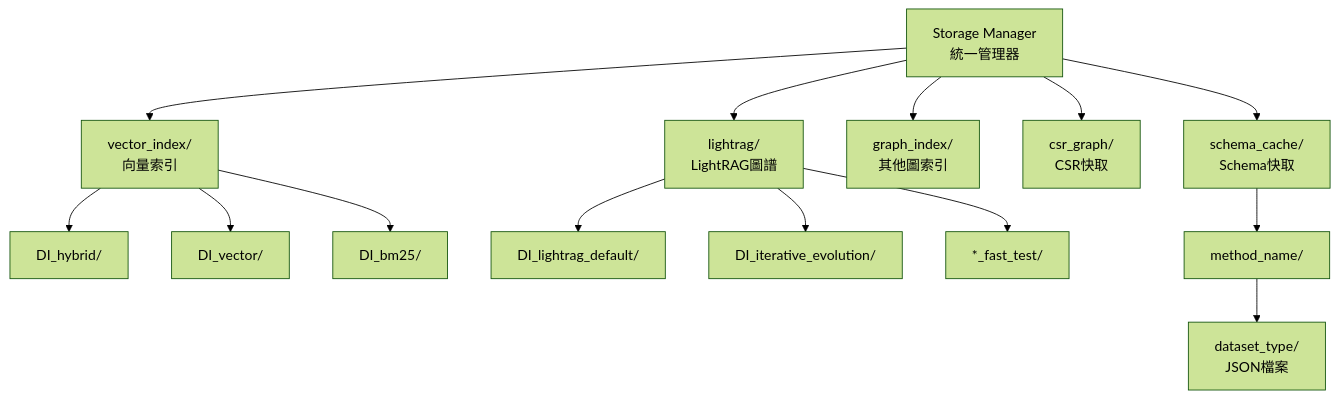
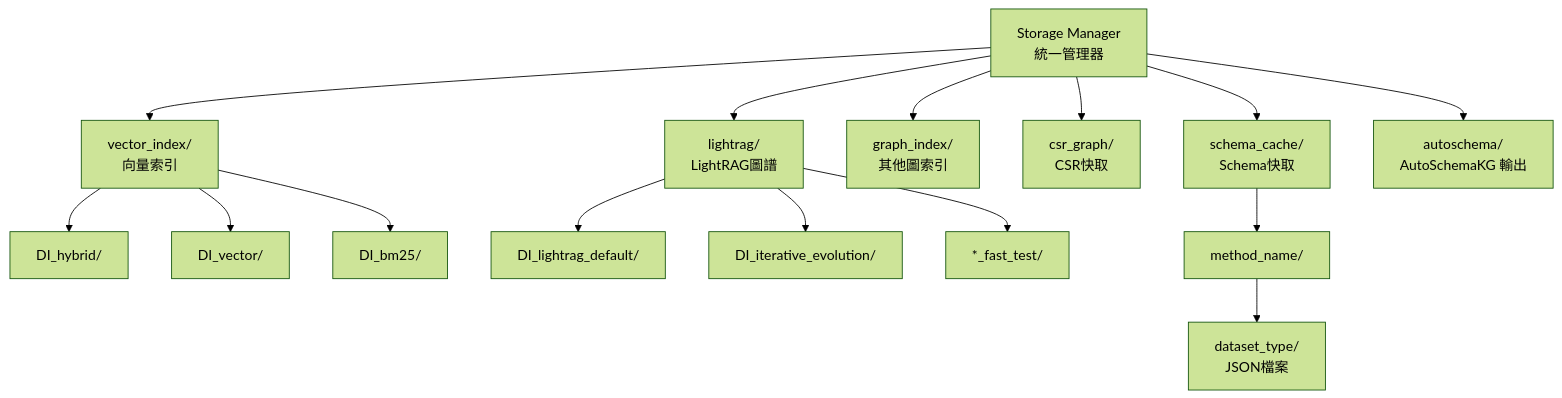
Diagram 11 of 26 in docs/ARCHITECTURE.md (Hsuanyu-wang/End_to_End), drawn with Mermaid (forest theme) before and after one commit. The commit also changed other lines of this file and 123 other files, not shown here.

````diff
--- a/docs/ARCHITECTURE.md
+++ b/docs/ARCHITECTURE.md
@@ -451,19 +494,20 @@
 ```mermaid
 graph TB
     StorageManager[Storage Manager<br/>統一管理器] --> VectorDir[vector_index/<br/>向量索引]
     StorageManager --> LightRAGDir[lightrag/<br/>LightRAG圖譜]
     StorageManager --> GraphDir[graph_index/<br/>其他圖索引]
     StorageManager --> CSRDir[csr_graph/<br/>CSR快取]
     StorageManager --> SchemaDir[schema_cache/<br/>Schema快取]
+    StorageManager --> AutoSchemaDir[autoschema/<br/>AutoSchemaKG 輸出]
     
     VectorDir --> HybridIndex[DI_hybrid/]
     VectorDir --> VectorIndex[DI_vector/]
     VectorDir --> BM25Index[DI_bm25/]
     
     LightRAGDir --> DefaultLR[DI_lightrag_default/]
     LightRAGDir --> EvolutionLR[DI_iterative_evolution/]
     LightRAGDir --> FastTestLR[*_fast_test/]
     
     SchemaDir --> MethodCache[method_name/]
     MethodCache --> DatasetCache[dataset_type/<br/>JSON檔案]
 ```
````
